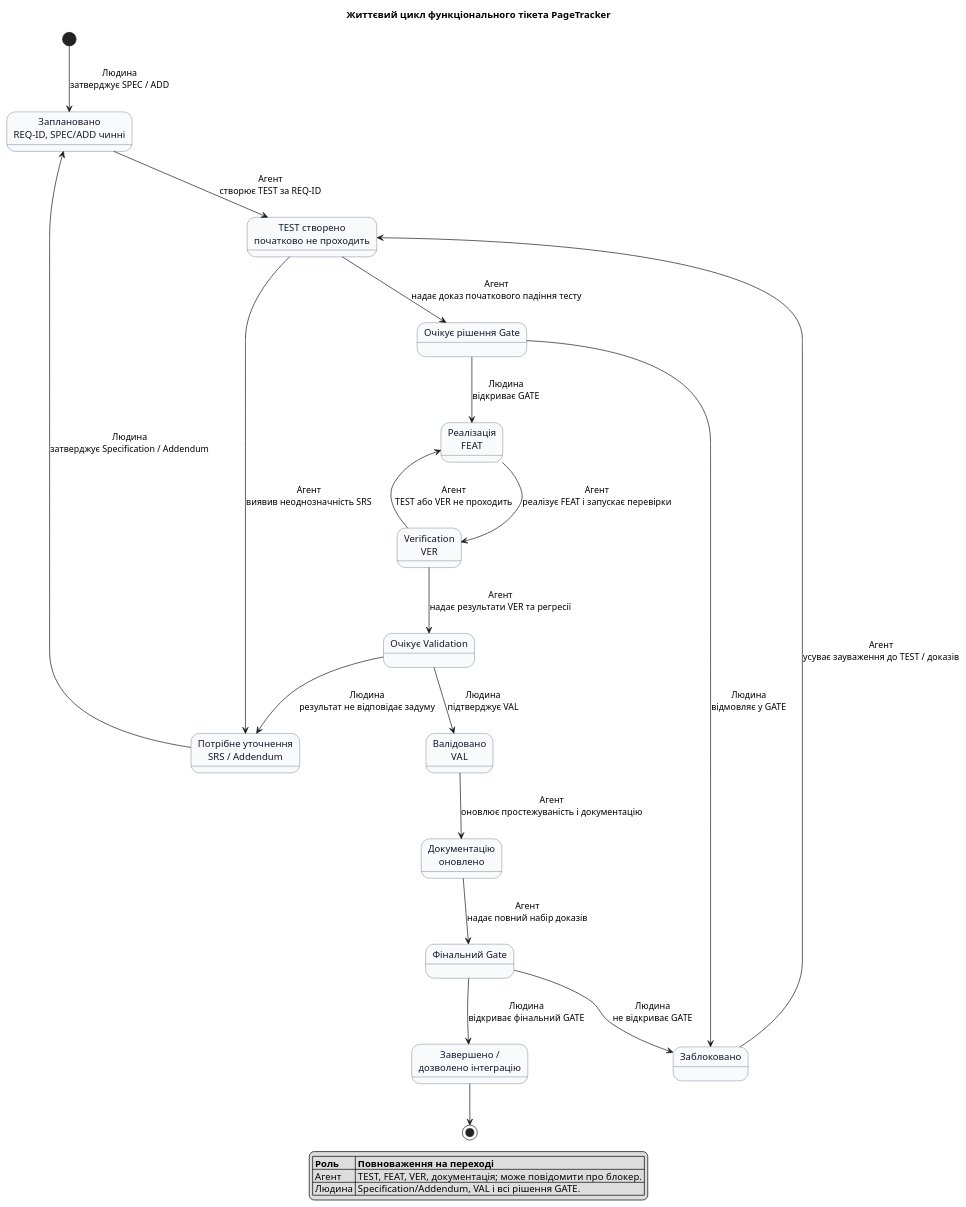
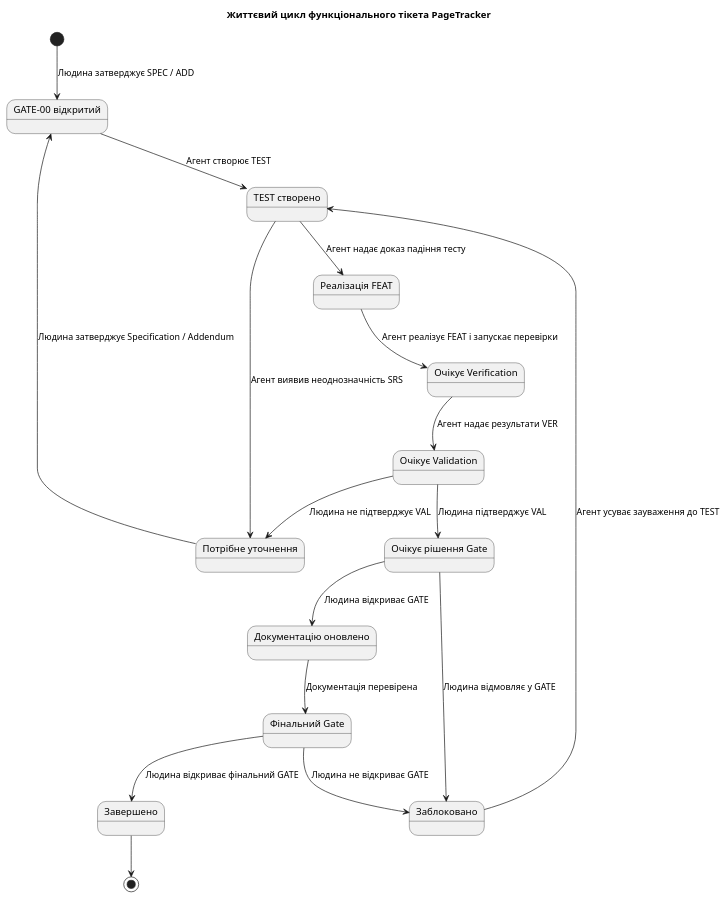
Before and after one commit to DariaDov/PageTracker: the diagram in spec/ticket-lifecycle.puml, drawn with PlantUML. The commit also changed 7 other files, not shown here.

Commit message:
spec: add OpenAPI specification

```diff
--- a/spec/ticket-lifecycle.puml
+++ b/spec/ticket-lifecycle.puml
@@ -1,50 +1,34 @@
 @startuml
 title Життєвий цикл функціонального тікета PageTracker
 top to bottom direction
 
-skinparam shadowing false
-skinparam state {
-  BackgroundColor #F8FAFC
-  BorderColor #475569
-  FontColor #0F172A
-}
-
-state "Заплановано\nREQ-ID, SPEC/ADD чинні" as Planned
-state "TEST створено\nпочатково не проходить" as TestReady
+state "GATE-00 відкритий" as Planned
+state "TEST створено" as TestReady
+state "Реалізація FEAT" as Development
+state "Очікує Verification" as Verification
+state "Очікує Validation" as Validation
 state "Очікує рішення Gate" as GateReview
-state "Реалізація\nFEAT" as Development
-state "Verification\nVER" as Verification
-state "Очікує Validation" as Validation
-state "Валідовано\nVAL" as Validated
-state "Документацію\nоновлено" as Documented
+state "Документацію оновлено" as Documented
 state "Фінальний Gate" as ReleaseGate
-state "Завершено /\nдозволено інтеграцію" as Done
-state "Потрібне уточнення\nSRS / Addendum" as Clarification
+state "Завершено" as Done
+state "Потрібне уточнення" as Clarification
 state "Заблоковано" as Blocked
 
-[*] --> Planned : Людина\nзатверджує SPEC / ADD
-Planned --> TestReady : Агент\nстворює TEST за REQ-ID
-TestReady --> GateReview : Агент\nнадає доказ початкового падіння тесту
-GateReview --> Development : Людина\nвідкриває GATE
-Development --> Verification : Агент\nреалізує FEAT і запускає перевірки
-Verification --> Validation : Агент\nнадає результати VER та регресії
-Validation --> Validated : Людина\nпідтверджує VAL
-Validated --> Documented : Агент\nоновлює простежуваність і документацію
-Documented --> ReleaseGate : Агент\nнадає повний набір доказів
-ReleaseGate --> Done : Людина\nвідкриває фінальний GATE
+[*] --> Planned : Людина затверджує SPEC / ADD
+Planned --> TestReady : Агент створює TEST
+TestReady --> Development : Агент надає доказ падіння тесту
+Development --> Verification : Агент реалізує FEAT і запускає перевірки
+Verification --> Validation : Агент надає результати VER
+Validation --> GateReview : Людина підтверджує VAL
+GateReview --> Documented : Людина відкриває GATE
+Documented --> ReleaseGate : Документація перевірена
+ReleaseGate --> Done : Людина відкриває фінальний GATE
 Done --> [*]
 
-TestReady --> Clarification : Агент\nвиявив неоднозначність SRS
-Clarification --> Planned : Людина\nзатверджує Specification / Addendum
-GateReview --> Blocked : Людина\nвідмовляє у GATE
-Blocked --> TestReady : Агент\nусуває зауваження до TEST / доказів
-Verification --> Development : Агент\nTEST або VER не проходить
-Validation --> Clarification : Людина\nрезультат не відповідає задуму
-ReleaseGate --> Blocked : Людина\nне відкриває GATE
-
-legend bottom
-  |= Роль |= Повноваження на переході |
-  | Агент | TEST, FEAT, VER, документація; може повідомити про блокер. |
-  | Людина | Specification/Addendum, VAL і всі рішення GATE. |
-endlegend
+TestReady --> Clarification : Агент виявив неоднозначність SRS
+Clarification --> Planned : Людина затверджує Specification / Addendum
+GateReview --> Blocked : Людина відмовляє у GATE
+Blocked --> TestReady : Агент усуває зауваження до TEST
+Validation --> Clarification : Людина не підтверджує VAL
+ReleaseGate --> Blocked : Людина не відкриває GATE
 @enduml
```
